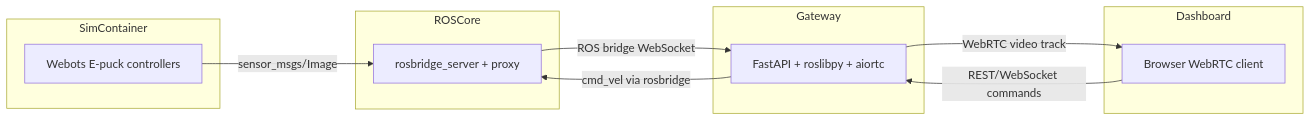
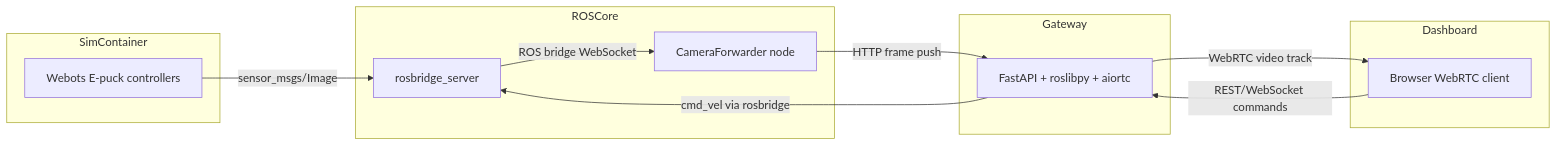
One commit to davidmnoll/robo1 changed the diagram in README.md. Above: the diagram before and after it, drawn with Mermaid. The commit also changed other lines of this file and 15 other files, not shown here.

````diff
--- a/README.md
+++ b/README.md
@@ -33,24 +35,26 @@
 ```mermaid
 flowchart LR
     subgraph SimContainer
         W[Webots E-puck controllers]
     end
 
     subgraph ROSCore
-        R[rosbridge_server + proxy]
+        R[rosbridge_server]
+        F[CameraForwarder node]
     end
 
     subgraph Gateway
         A[FastAPI + roslibpy + aiortc]
     end
 
     subgraph Dashboard
         B[Browser WebRTC client]
     end
 
     W -- sensor_msgs/Image --> R
-    R -- ROS bridge WebSocket --> A
+    R -- ROS bridge WebSocket --> F
+    F -- HTTP frame push --> A
     A -- WebRTC video track --> B
     B -- REST/WebSocket commands --> A
     A -- cmd_vel via rosbridge --> R
 ```
````
